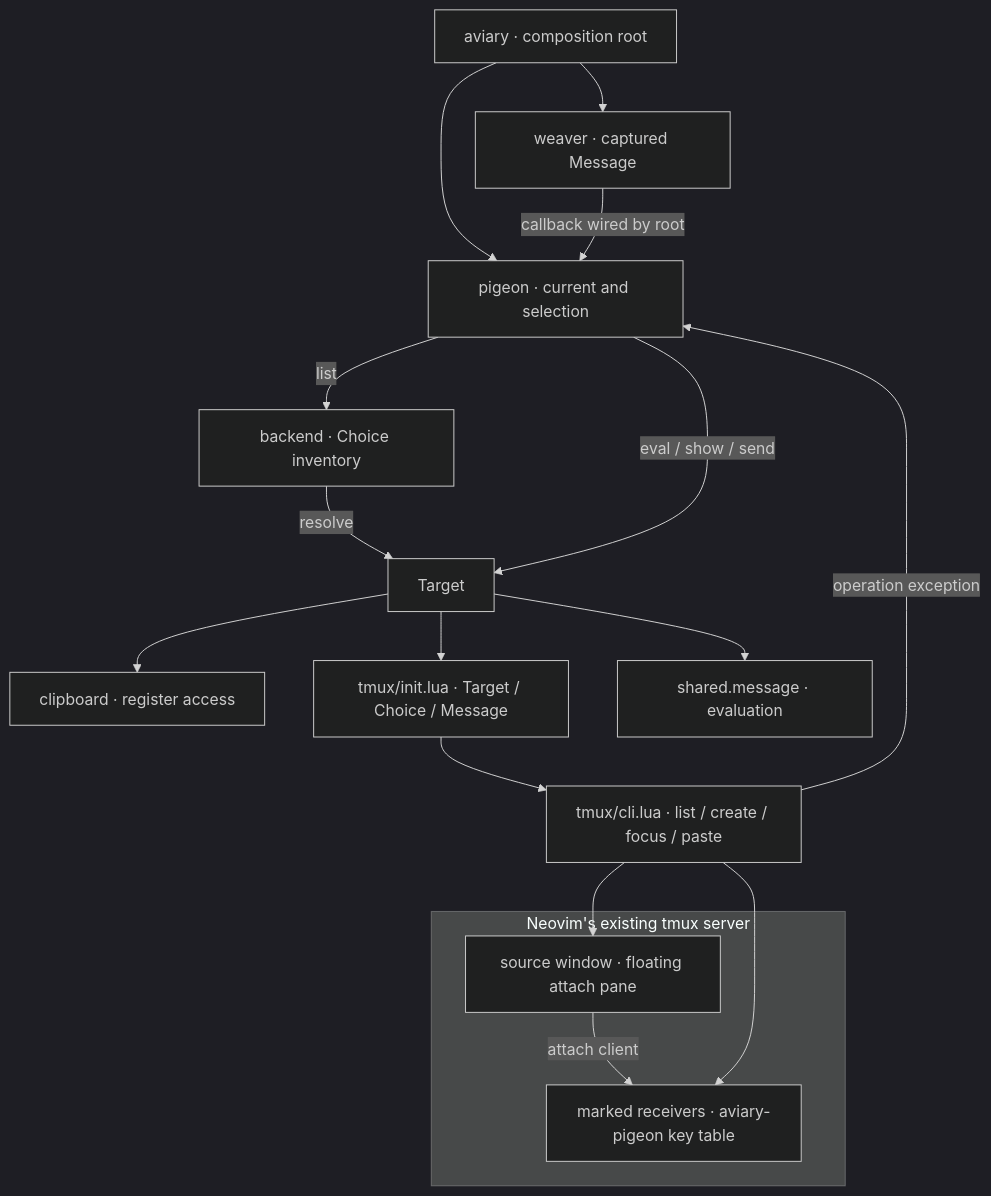
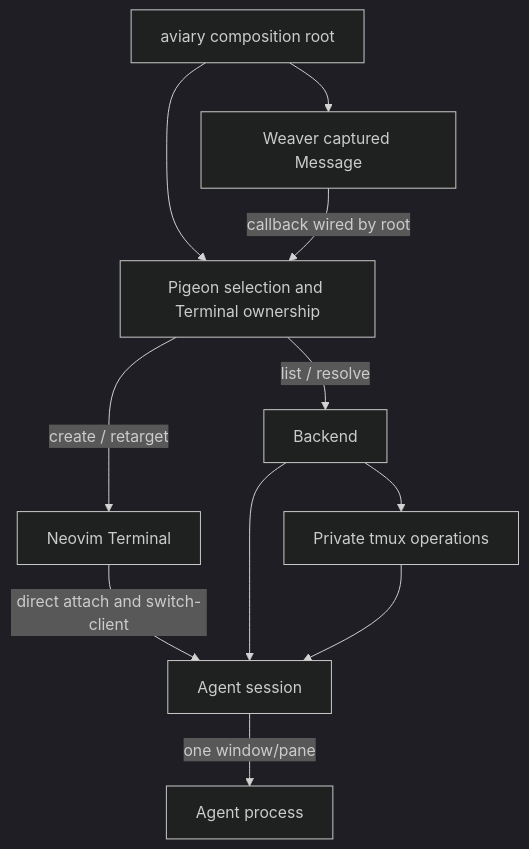
The diagram in docs/pigeon/architecture.md (ZachVec/aviary.nvim), drawn with Mermaid (dark theme) before and after one commit. The commit also changed other lines of this file and 35 other files, not shown here.

First line of the commit message:
refactor(pigeon): attach directly to persistent Agent sessions

````diff
--- a/docs/pigeon/architecture.md
+++ b/docs/pigeon/architecture.md
@@ -3,21 +3,13 @@
 ```mermaid
 flowchart TD
-  Root["aviary · composition root"] --> Weaver["weaver · captured Message"]
-  Root --> P["pigeon · current and selection"]
-  Weaver -->|"callback wired by root"| P
-  P -->|list| B["backend · Choice inventory"]
-  B -->|resolve| T["Target"]
-  P -->|eval / show / send| T
-  T --> C["clipboard · register access"]
-  T --> TM["tmux/init.lua · Target / Choice / Message"]
-  TM --> CLI["tmux/cli.lua · list / create / focus / paste"]
-  subgraph Host["Neovim's existing tmux server"]
-    Receivers["marked receivers · aviary-pigeon key table"]
-    Views["source window · floating attach pane"]
-    Views -->|attach client| Receivers
-  end
-  CLI --> Receivers
-  CLI --> Views
-  T --> M["shared.message · evaluation"]
-  CLI -->|operation exception| P
+  Root[aviary composition root] --> Weaver[Weaver captured Message]
+  Root --> P[Pigeon selection and Terminal ownership]
+  Weaver -->|callback wired by root| P
+  P -->|list / resolve| B[Backend]
+  P -->|create / retarget| T[Neovim Terminal]
+  T -->|direct attach and switch-client| S[Agent session]
+  B --> S
+  B --> C[Private tmux operations]
+  C --> S
+  S -->|one window/pane| A[Agent process]
 ```
````
